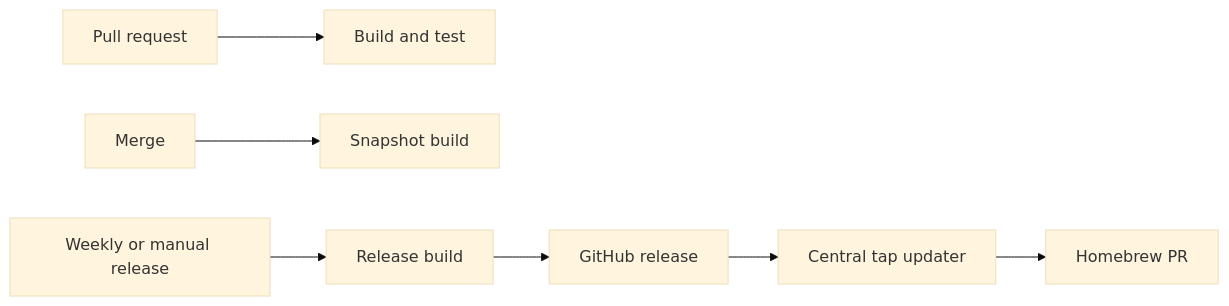
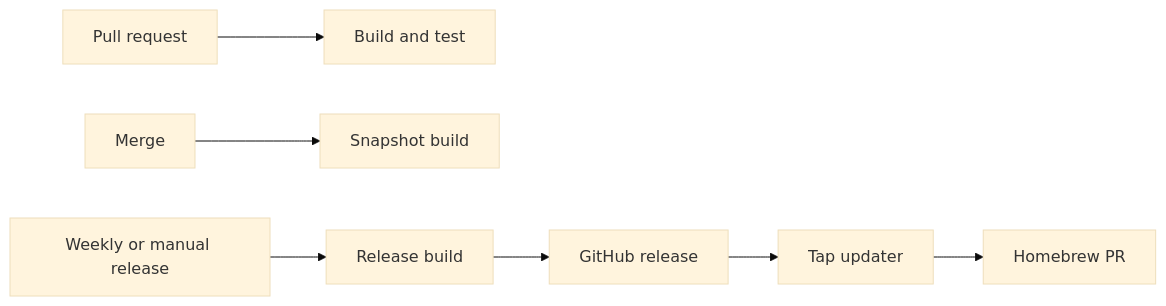
The diagram in SWIFT_CI_CD.md (YunaBraska/YunaBraska), drawn with Mermaid (base theme) before and after one commit. The commit also changed other lines of this file and 4 other files, not shown here.

````diff
--- a/SWIFT_CI_CD.md
+++ b/SWIFT_CI_CD.md
@@ -3,9 +3,9 @@
 ```mermaid
 flowchart LR
   PR[Pull request] --> B[Build and test]
   M[Merge] --> S[Snapshot build]
   W[Weekly or manual release] --> R[Release build]
   R --> G[GitHub release]
-  G --> H[Central tap updater]
+  G --> H[Tap updater]
   H --> P[Homebrew PR]
 ```
````
